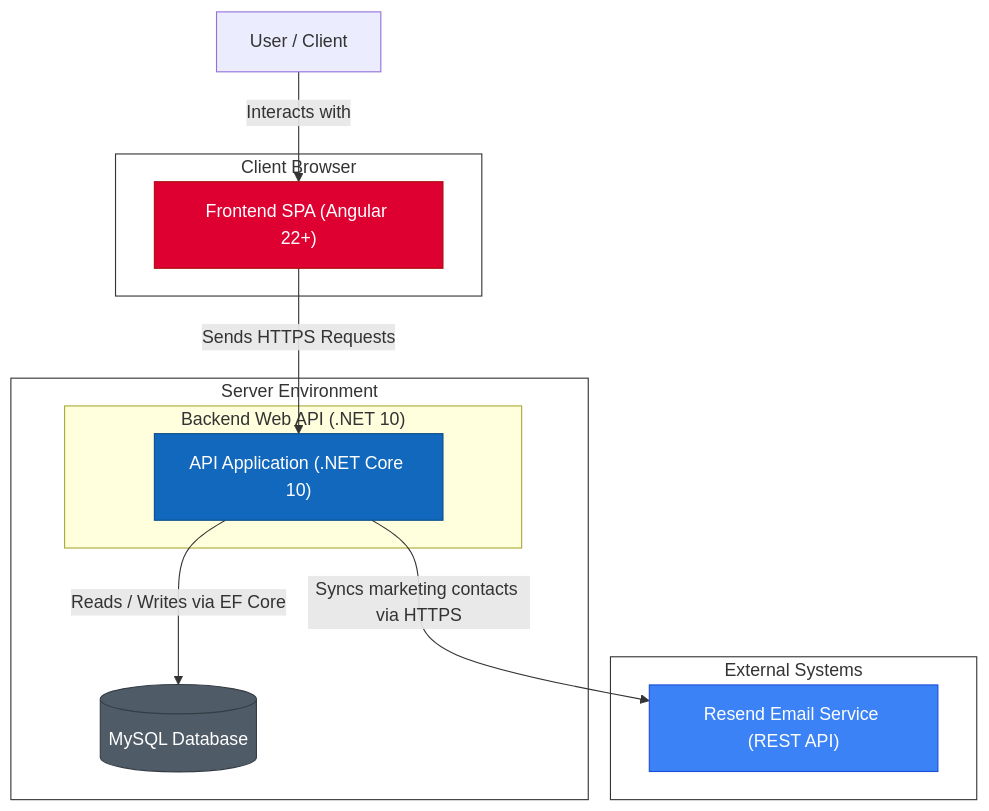
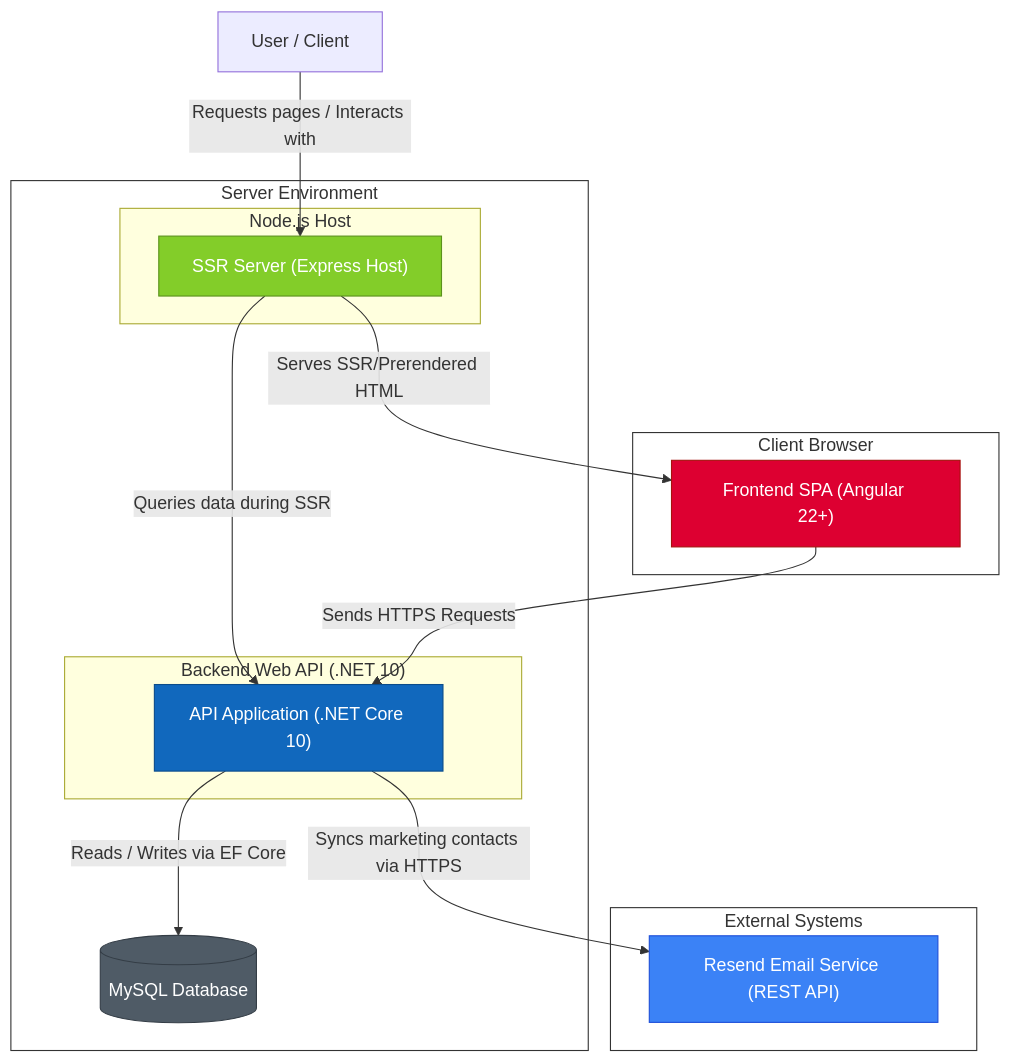
The second of 3 diagrams in docs/diagrams/c4/c4_diagrams.md (gilrsantana/Galvao), drawn with Mermaid before and after one commit. The commit also changed other lines of this file and 7 other files, not shown here.

````diff
--- a/docs/diagrams/c4/c4_diagrams.md
+++ b/docs/diagrams/c4/c4_diagrams.md
@@ -53,31 +53,37 @@
 ```mermaid
 graph TB
     subgraph Client ["Client Browser"]
         SPA["Frontend SPA (Angular 22+)"]
     end
 
     subgraph Server ["Server Environment"]
+        subgraph NodeHost ["Node.js Host"]
+            Express["SSR Server (Express Host)"]
+        end
         subgraph WebAPI ["Backend Web API (.NET 10)"]
             API["API Application (.NET Core 10)"]
         end
         DB[(MySQL Database)]
     end
 
     subgraph External ["External Systems"]
         Resend["Resend Email Service (REST API)"]
     end
 
-    User["User / Client"] -->|Interacts with| SPA
+    User["User / Client"] -->|Requests pages / Interacts with| Express
+    Express -->|Serves SSR/Prerendered HTML| SPA
+    Express -->|Queries data during SSR| API
     SPA -->|Sends HTTPS Requests| API
     API -->|Reads / Writes via EF Core| DB
     API -->|Syncs marketing contacts via HTTPS| Resend
 
     style Client fill:none,stroke:#333,stroke-width:1px
     style Server fill:none,stroke:#333,stroke-width:1px
     style External fill:none,stroke:#333,stroke-width:1px
     
+    style Express fill:#83cd29,stroke:#5c921c,color:#fff
     style SPA fill:#dd0031,stroke:#a6120d,color:#fff
     style API fill:#1168bd,stroke:#0b4c8a,color:#fff
     style DB fill:#4f5b66,stroke:#343d46,color:#fff
     style Resend fill:#3b82f6,stroke:#1d4ed8,color:#fff
 ```
````
